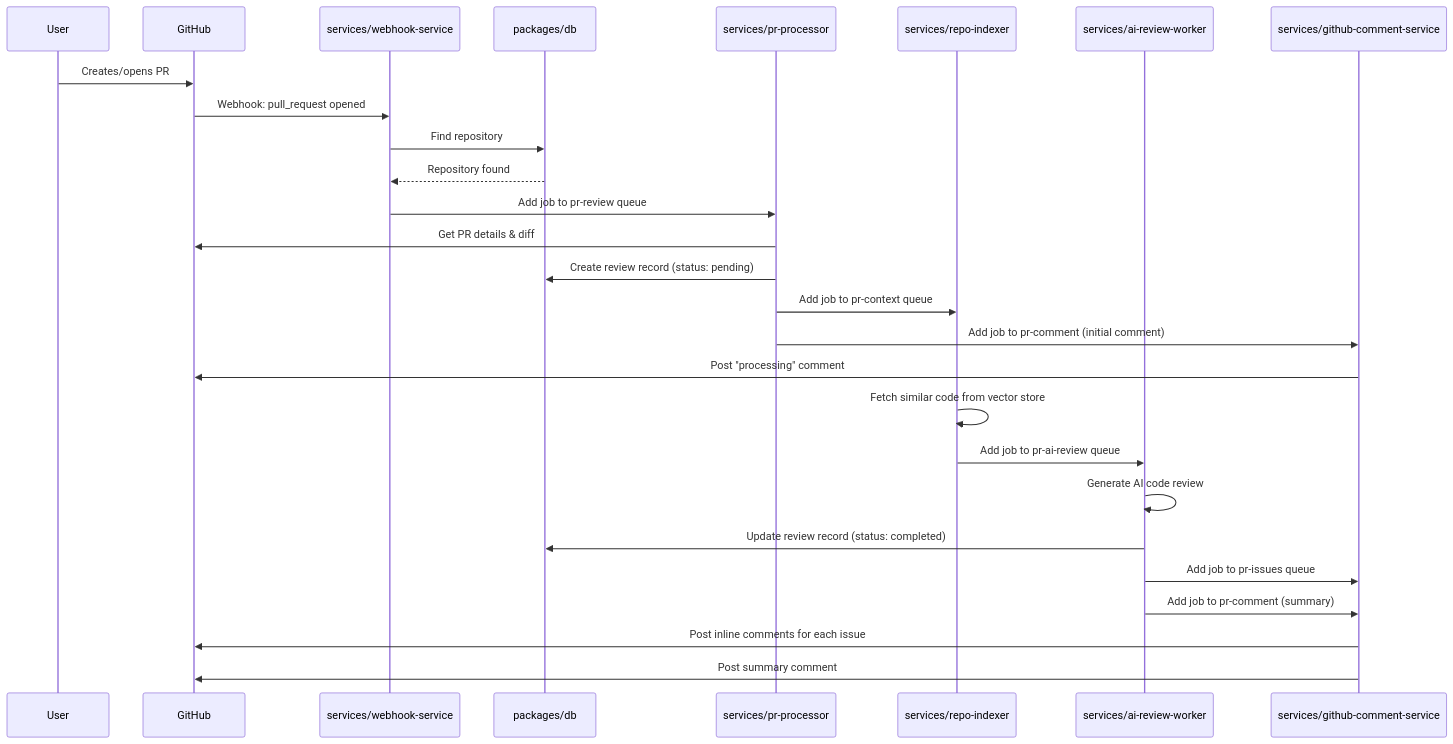
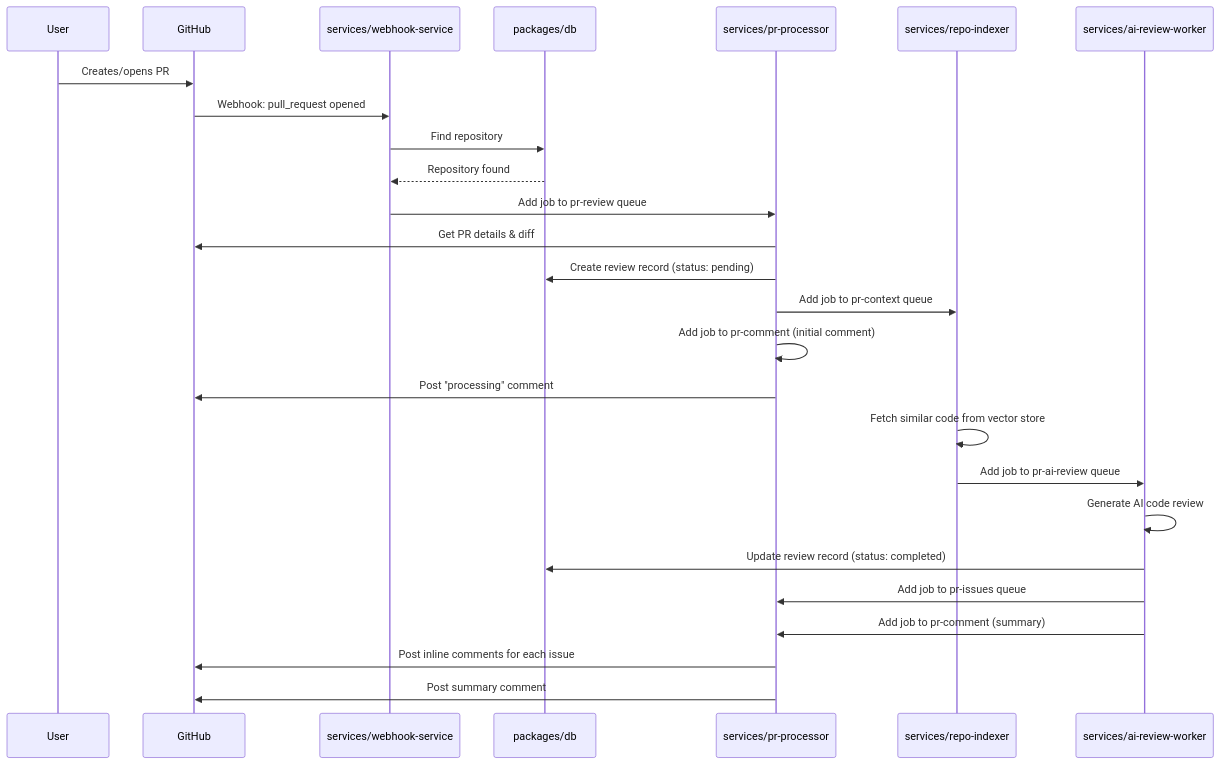
One commit to Mihir2423/ai-code-review-system changed the second of 2 diagrams in README.md. Above: the diagram before and after it, drawn with Mermaid. The commit also changed other lines of this file and 5 other files, not shown here.

First line of the commit message:
Merge github-comment-service into pr-processor

````diff
--- a/README.md
+++ b/README.md
@@ -39,36 +39,35 @@
 ```mermaid
 sequenceDiagram
     participant User
     participant GitHub
     participant WS as services/webhook-service
     participant DB as packages/db
     participant PP as services/pr-processor
     participant RI as services/repo-indexer
     participant AIR as services/ai-review-worker
-    participant GCS as services/github-comment-service
 
     User->>GitHub: Creates/opens PR
     GitHub->>WS: Webhook: pull_request opened
 
     WS->>DB: Find repository
     DB-->>WS: Repository found
     WS->>PP: Add job to pr-review queue
 
     PP->>GitHub: Get PR details & diff
     PP->>DB: Create review record (status: pending)
     PP->>RI: Add job to pr-context queue
-    PP->>GCS: Add job to pr-comment (initial comment)
+    PP->>PP: Add job to pr-comment (initial comment)
 
-    GCS->>GitHub: Post "processing" comment
+    PP->>GitHub: Post "processing" comment
 
     RI->>RI: Fetch similar code from vector store
     RI->>AIR: Add job to pr-ai-review queue
 
     AIR->>AIR: Generate AI code review
     AIR->>DB: Update review record (status: completed)
-    AIR->>GCS: Add job to pr-issues queue
-    AIR->>GCS: Add job to pr-comment (summary)
+    AIR->>PP: Add job to pr-issues queue
+    AIR->>PP: Add job to pr-comment (summary)
 
-    GCS->>GitHub: Post inline comments for each issue
-    GCS->>GitHub: Post summary comment
+    PP->>GitHub: Post inline comments for each issue
+    PP->>GitHub: Post summary comment
 ```
````
